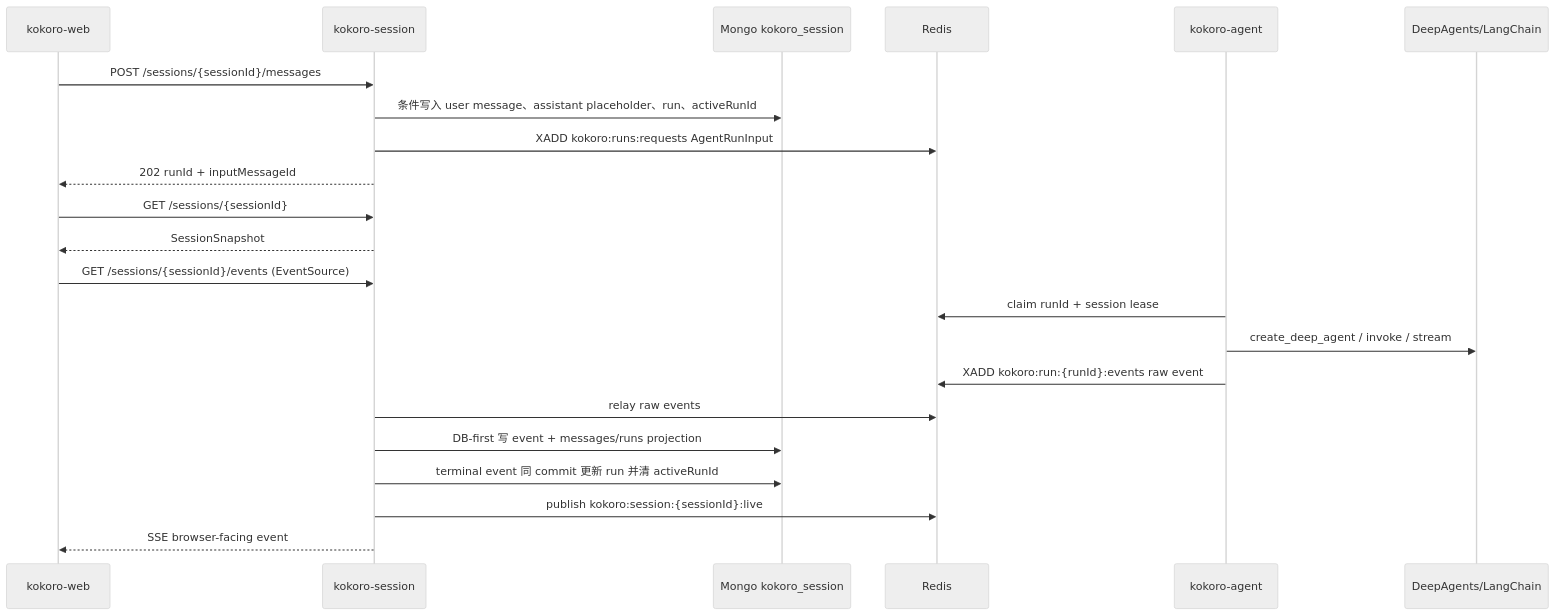
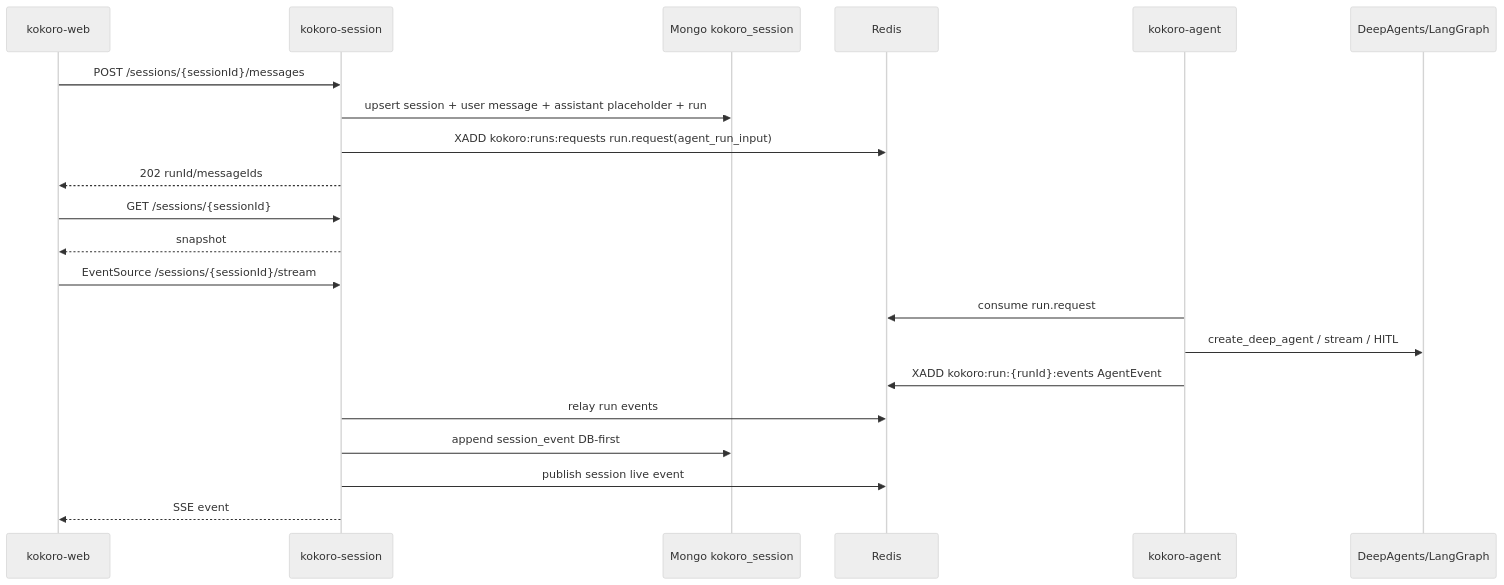
Before and after one commit to LordFoxFairy/Kokoro: the diagram in docs/kokoro-handbook/technical/11-agent-session-web-v1-runtime.md, drawn with Mermaid (neutral theme). The commit also changed other lines of this file and 11 other files, not shown here.

Commit message:
docs: align agent session web runtime design

````diff
--- a/docs/kokoro-handbook/technical/11-agent-session-web-v1-runtime.md
+++ b/docs/kokoro-handbook/technical/11-agent-session-web-v1-runtime.md
@@ -60,25 +164,24 @@
 ```mermaid
 sequenceDiagram
   participant W as kokoro-web
   participant S as kokoro-session
   participant M as Mongo kokoro_session
   participant R as Redis
   participant A as kokoro-agent
-  participant L as DeepAgents/LangChain
+  participant L as DeepAgents/LangGraph
 
   W->>S: POST /sessions/{sessionId}/messages
-  S->>M: 条件写入 user message、assistant placeholder、run、activeRunId
-  S->>R: XADD kokoro:runs:requests AgentRunInput
-  S-->>W: 202 runId + inputMessageId
+  S->>M: upsert session + user message + assistant placeholder + run
+  S->>R: XADD kokoro:runs:requests run.request(agent_run_input)
+  S-->>W: 202 runId/messageIds
   W->>S: GET /sessions/{sessionId}
-  S-->>W: SessionSnapshot
-  W->>S: GET /sessions/{sessionId}/events (EventSource)
-  A->>R: claim runId + session lease
-  A->>L: create_deep_agent / invoke / stream
-  A->>R: XADD kokoro:run:{runId}:events raw event
-  S->>R: relay raw events
-  S->>M: DB-first 写 event + messages/runs projection
-  S->>M: terminal event 同 commit 更新 run 并清 activeRunId
-  S->>R: publish kokoro:session:{sessionId}:live
-  S-->>W: SSE browser-facing event
+  S-->>W: snapshot
+  W->>S: EventSource /sessions/{sessionId}/stream
+  A->>R: consume run.request
+  A->>L: create_deep_agent / stream / HITL
+  A->>R: XADD kokoro:run:{runId}:events AgentEvent
+  S->>R: relay run events
+  S->>M: append session_event DB-first
+  S->>R: publish session live event
+  S-->>W: SSE event
 ```
````
